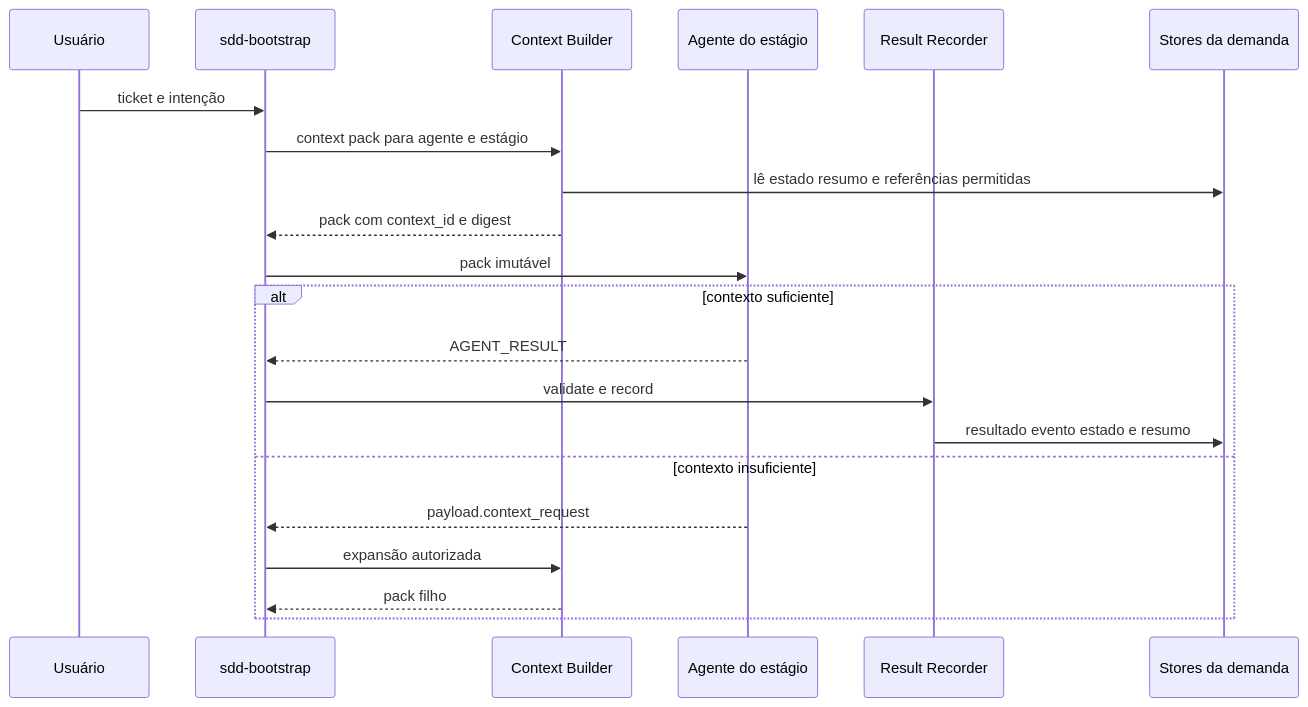
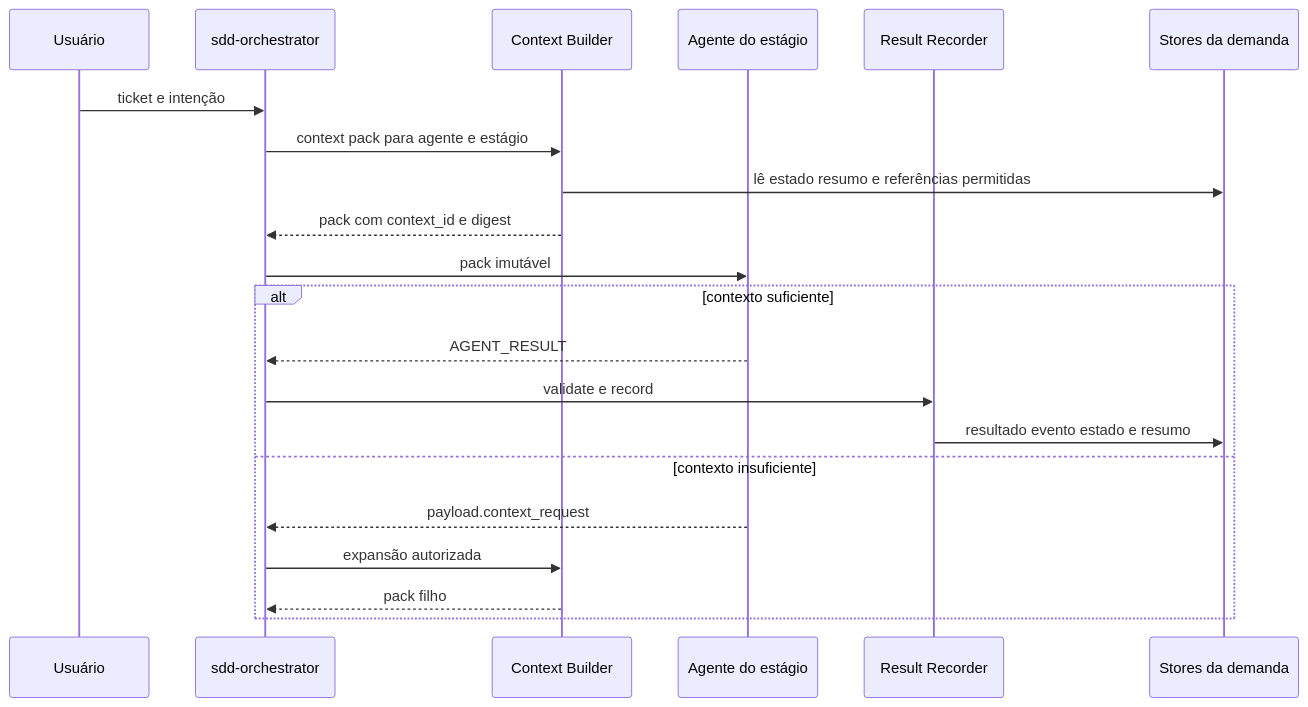
Before and after one commit to fellipemauriciosilva/sdd-toolkit: the second of 4 diagrams in docs/ARCHITECTURE.md, drawn with Mermaid. The commit also changed other lines of this file and 169 other files, not shown here.

````diff
--- a/docs/ARCHITECTURE.md
+++ b/docs/ARCHITECTURE.md
@@ -47,24 +47,24 @@
 ```mermaid
 sequenceDiagram
     participant U as Usuário
-    participant B as sdd-bootstrap
+    participant B as sdd-orchestrator
     participant C as Context Builder
     participant A as Agente do estágio
     participant R as Result Recorder
     participant S as Stores da demanda
 
     U->>B: ticket e intenção
     B->>C: context pack para agente e estágio
     C->>S: lê estado resumo e referências permitidas
     C-->>B: pack com context_id e digest
     B->>A: pack imutável
     alt contexto suficiente
         A-->>B: AGENT_RESULT
         B->>R: validate e record
         R->>S: resultado evento estado e resumo
     else contexto insuficiente
         A-->>B: payload.context_request
         B->>C: expansão autorizada
         C-->>B: pack filho
     end
 ```
````
